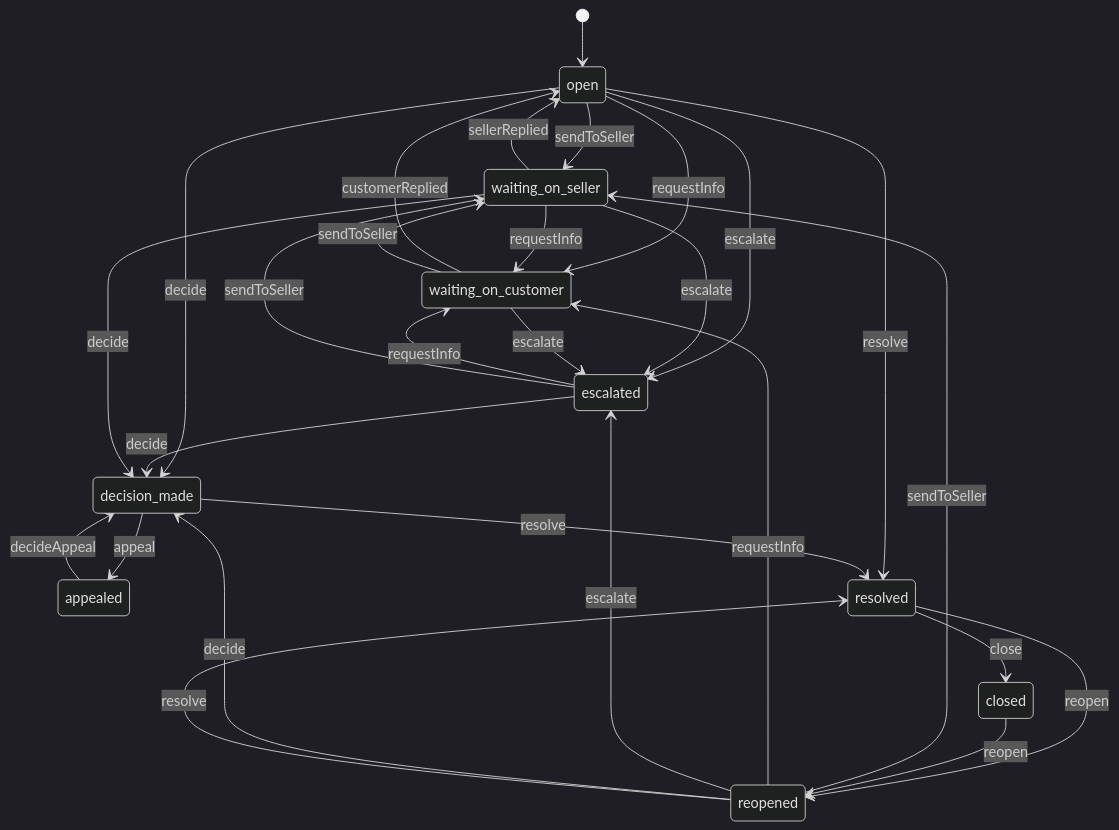
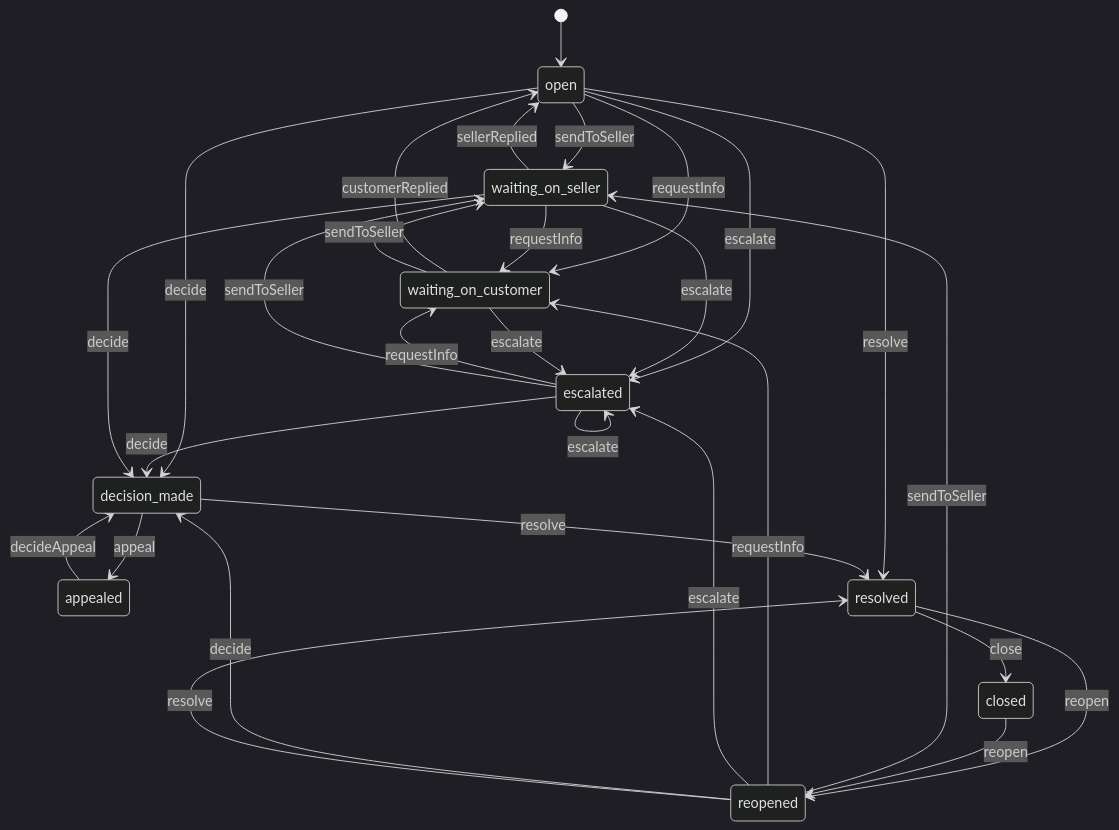
One commit to Virus-777/ecommerce changed the first of 4 diagrams in docs/api/modules/support.md. Above: the diagram before and after it, drawn with Mermaid (dark theme). The commit also changed other lines of this file and 111 other files, not shown here.

Commit message:
chore(pass 4): regenerate code, API reference and GraphQL from the merged spec

````diff
--- a/docs/api/modules/support.md
+++ b/docs/api/modules/support.md
@@ -608,30 +609,31 @@
 ```mermaid
 stateDiagram-v2
   [*] --> open
   open --> waiting_on_seller: sendToSeller
   open --> waiting_on_customer: requestInfo
   waiting_on_seller --> open: sellerReplied
   waiting_on_customer --> open: customerReplied
   waiting_on_seller --> waiting_on_customer: requestInfo
   waiting_on_customer --> waiting_on_seller: sendToSeller
   open --> escalated: escalate
+  escalated --> escalated: escalate
   waiting_on_seller --> escalated: escalate
   waiting_on_customer --> escalated: escalate
   escalated --> waiting_on_customer: requestInfo
   escalated --> waiting_on_seller: sendToSeller
   open --> decision_made: decide
   escalated --> decision_made: decide
   waiting_on_seller --> decision_made: decide
   decision_made --> appealed: appeal
   appealed --> decision_made: decideAppeal
   open --> resolved: resolve
   decision_made --> resolved: resolve
   resolved --> closed: close
   resolved --> reopened: reopen
   closed --> reopened: reopen
   reopened --> waiting_on_seller: sendToSeller
   reopened --> waiting_on_customer: requestInfo
   reopened --> escalated: escalate
   reopened --> decision_made: decide
   reopened --> resolved: resolve
 ```
````
